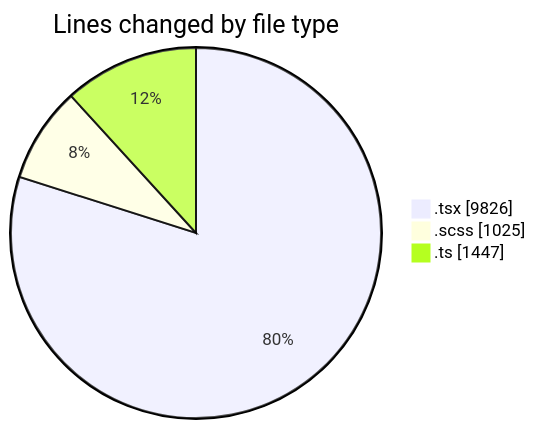
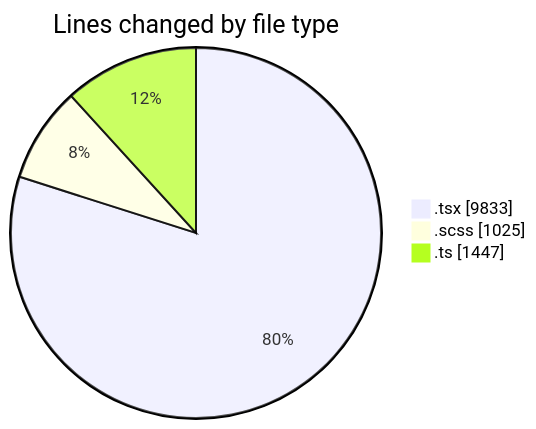
The first of 2 diagrams in 2026-05-01/cda/README.md (momahboobian/code-tracking), drawn with Mermaid before and after one commit. The commit also changed other lines of this file and 1 other file, not shown here.

````diff
--- a/2026-05-01/cda/README.md
+++ b/2026-05-01/cda/README.md
@@ -65,7 +65,7 @@
 ```mermaid
 pie showData
 title Lines changed by file type
-".tsx" : 9826
+".tsx" : 9833
 ".scss" : 1025
 ".ts" : 1447
 ```
````
